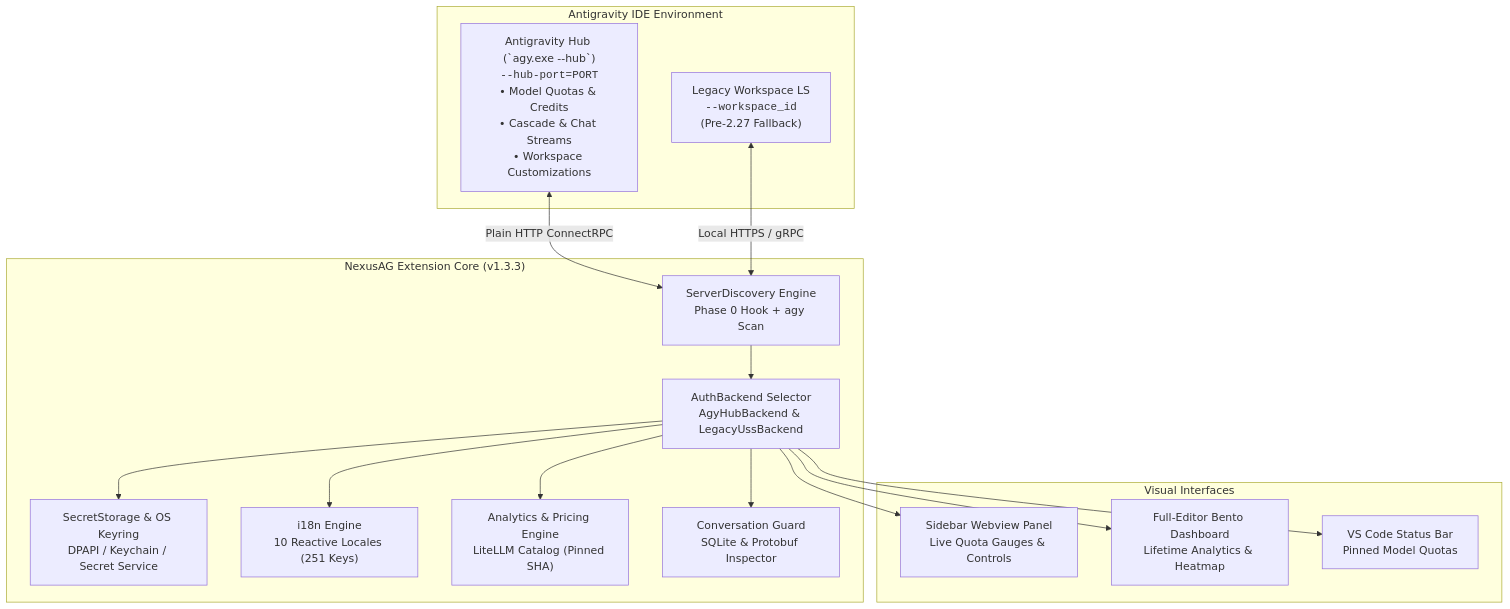
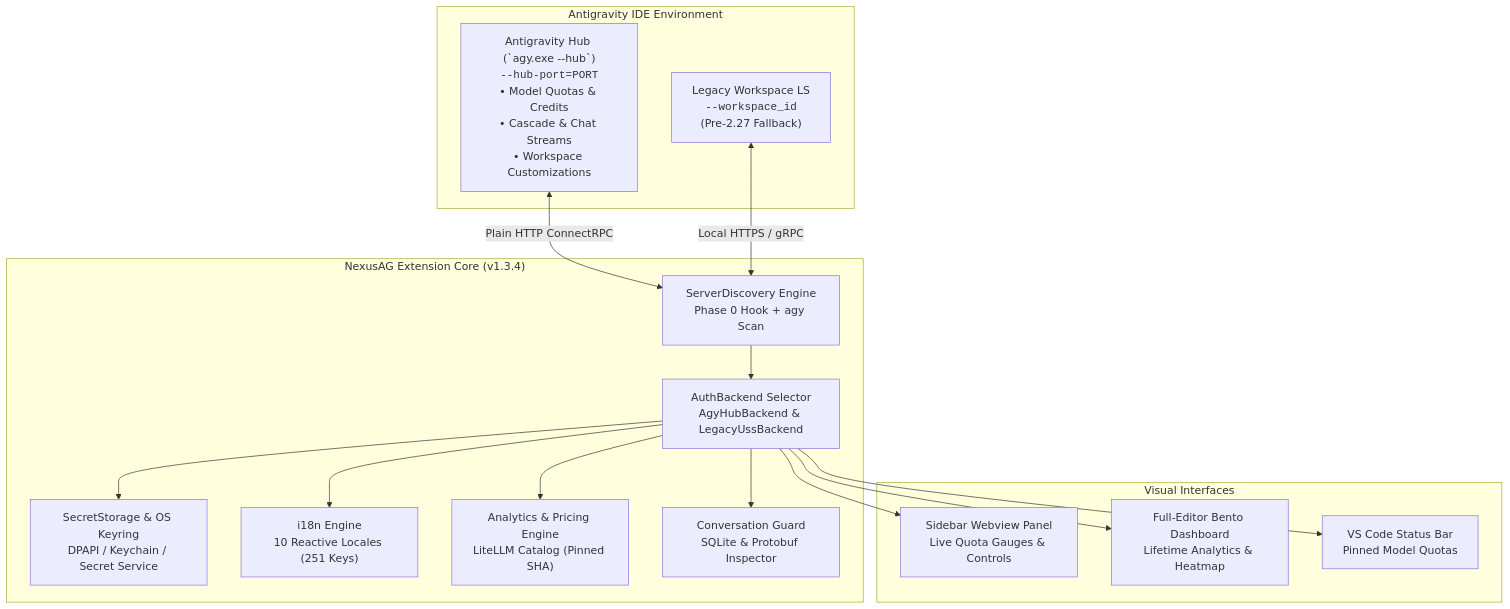
One commit to AlperenAKKAYA99/NexusAG changed the second of 2 diagrams in README.md. Above: the diagram before and after it, drawn with Mermaid. The commit also changed other lines of this file and 80 other files, not shown here.

````diff
--- a/README.md
+++ b/README.md
@@ -218,33 +235,33 @@
 ```mermaid
 graph TB
     subgraph Antigravity_IDE["Antigravity IDE Environment"]
         HUB["Antigravity Hub (`agy.exe --hub`)<br/><code>--hub-port=PORT</code><br/>• Model Quotas & Credits<br/>• Cascade & Chat Streams<br/>• Workspace Customizations"]
         WLS["Legacy Workspace LS<br/><code>--workspace_id</code><br/>(Pre-2.27 Fallback)"]
     end
 
-    subgraph NexusAG_Core["NexusAG Extension Core (v1.3.3)"]
+    subgraph NexusAG_Core["NexusAG Extension Core (v1.3.4)"]
         DISCO["ServerDiscovery Engine<br/>Phase 0 Hook + agy Scan"]
         AUTH["AuthBackend Selector<br/>AgyHubBackend & LegacyUssBackend"]
         VAULT["SecretStorage & OS Keyring<br/>DPAPI / Keychain / Secret Service"]
         I18N["i18n Engine<br/>10 Reactive Locales (251 Keys)"]
         ANALYTICS["Analytics & Pricing Engine<br/>LiteLLM Catalog (Pinned SHA)"]
         GUARD["Conversation Guard<br/>SQLite & Protobuf Inspector"]
     end
 
     subgraph UI_Surfaces["Visual Interfaces"]
         SIDEBAR["Sidebar Webview Panel<br/>Live Quota Gauges & Controls"]
         DASHBOARD["Full-Editor Bento Dashboard<br/>Lifetime Analytics & Heatmap"]
         STATUSBAR["VS Code Status Bar<br/>Pinned Model Quotas"]
     end
 
     HUB <-->|Plain HTTP ConnectRPC| DISCO
     WLS <-->|Local HTTPS / gRPC| DISCO
     DISCO --> AUTH
     AUTH --> VAULT
     AUTH --> I18N
     AUTH --> ANALYTICS
     AUTH --> GUARD
     AUTH --> SIDEBAR
     AUTH --> DASHBOARD
     AUTH --> STATUSBAR
 ```
````
